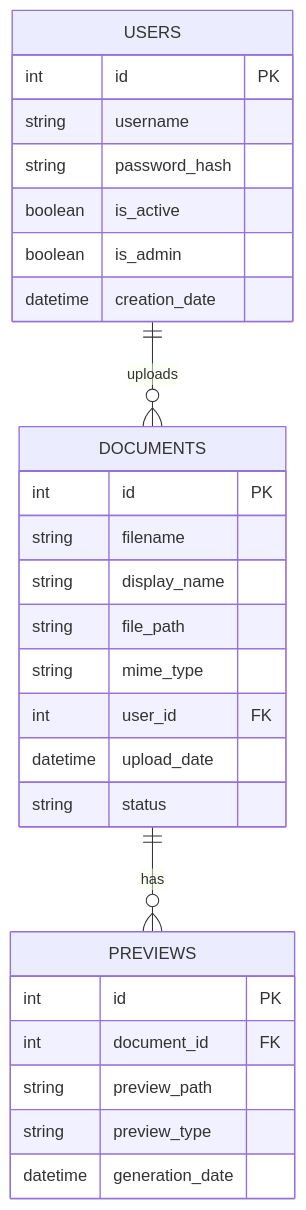
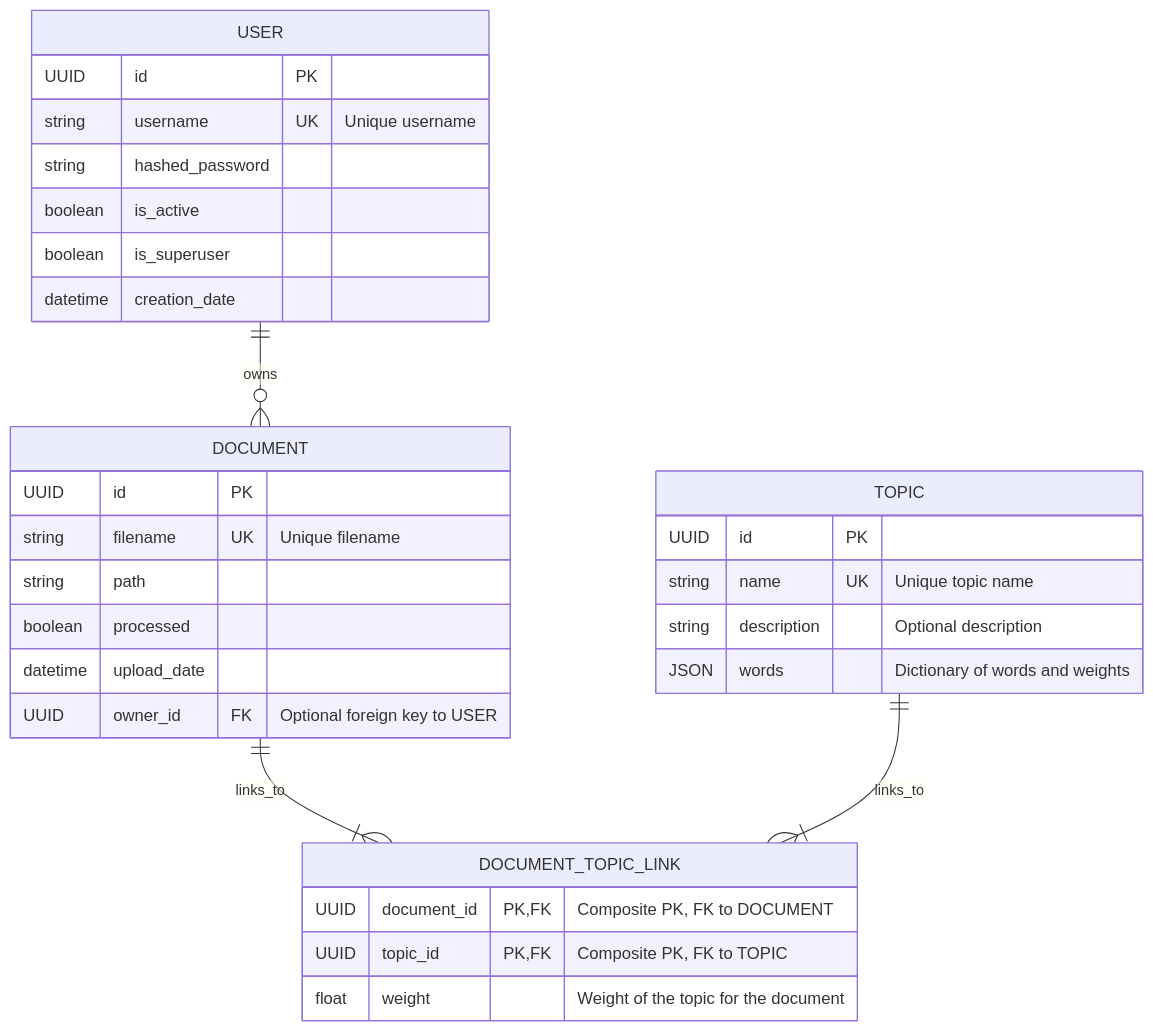
One commit to Bollemii/Master-thesis-Files-indexer changed the diagram in doc/DB.mmd. Above: the diagram before and after it, drawn with Mermaid. The commit also changed 2 other files, not shown here.

Commit message:
Update DB and document diagram

```diff
--- a/doc/DB.mmd
+++ b/doc/DB.mmd
@@ -1,31 +1,36 @@
 erDiagram
-    USERS {
-        int id PK
-        string username
-        string password_hash
+    USER {
+        UUID id PK
+        string username UK "Unique username"
+        string hashed_password
         boolean is_active
-        boolean is_admin
+        boolean is_superuser
         datetime creation_date
     }
-    
-    DOCUMENTS {
-        int id PK
-        string filename
-        string display_name
-        string file_path
-        string mime_type
-        int user_id FK
+
+    DOCUMENT {
+        UUID id PK
+        string filename UK "Unique filename"
+        string path
+        boolean processed
         datetime upload_date
-        string status
+        UUID owner_id FK "Optional foreign key to USER"
     }
-    
-    PREVIEWS {
-        int id PK
-        int document_id FK
-        string preview_path
-        string preview_type
-        datetime generation_date
+
+    TOPIC {
+        UUID id PK
+        string name UK "Unique topic name"
+        string description "Optional description"
+        JSON words "Dictionary of words and weights"
     }
-    
-    USERS ||--o{ DOCUMENTS : uploads
-    DOCUMENTS ||--o{ PREVIEWS : has
+
+    DOCUMENT_TOPIC_LINK {
+        UUID document_id PK, FK "Composite PK, FK to DOCUMENT"
+        UUID topic_id PK, FK "Composite PK, FK to TOPIC"
+        float weight "Weight of the topic for the document"
+    }
+
+    USER ||--o{ DOCUMENT : owns
+    %% DOCUMENT }o--o{ TOPIC : related_via DOCUMENT_TOPIC_LINK
+    DOCUMENT ||--|{ DOCUMENT_TOPIC_LINK : links_to
+    TOPIC ||--|{ DOCUMENT_TOPIC_LINK : links_to
```
